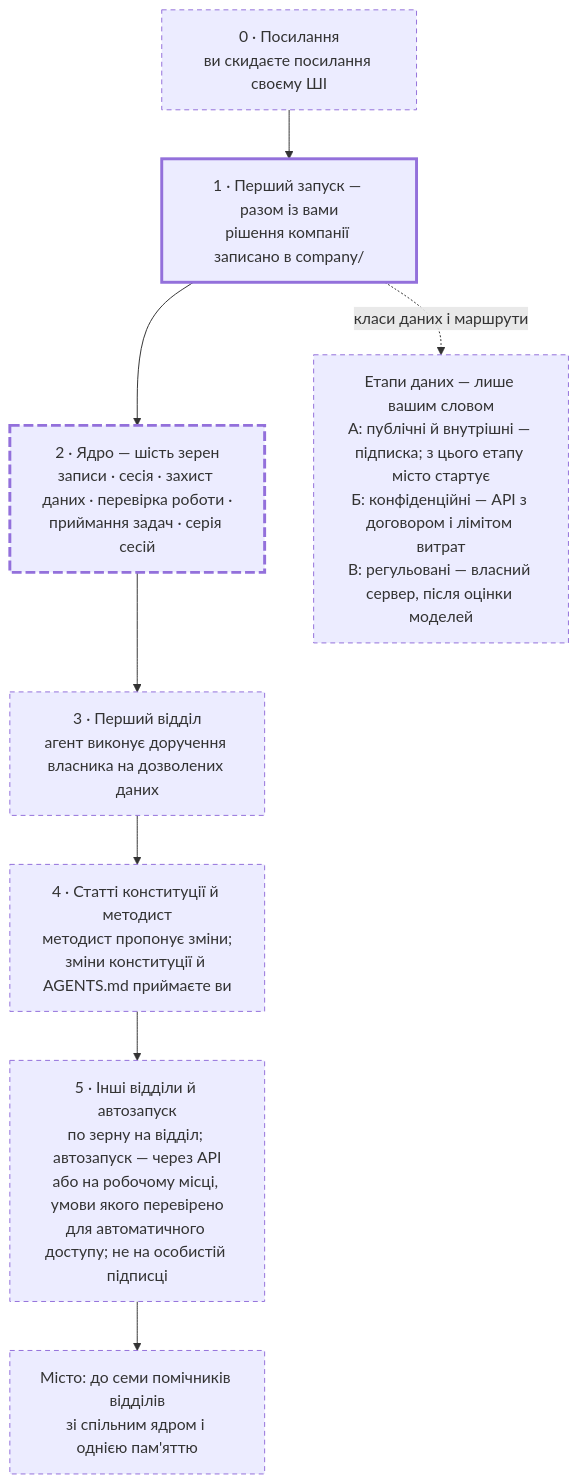
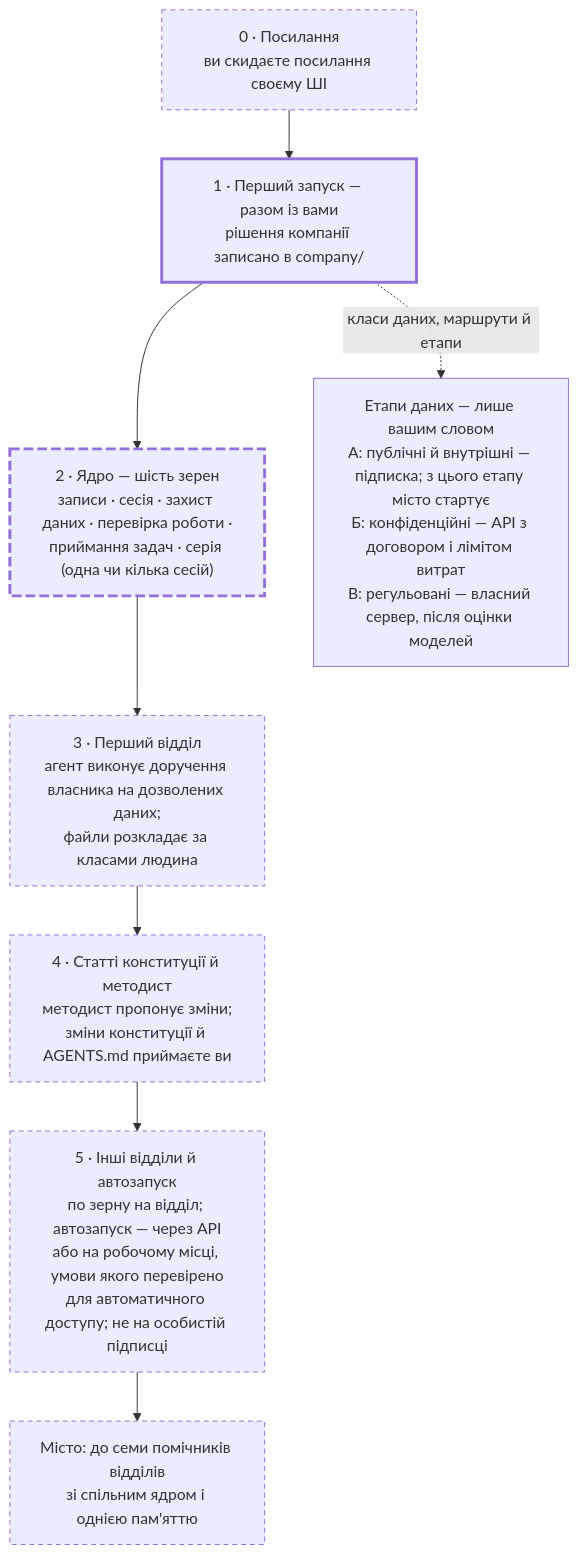
The diagram in README.md (automician/seeds-for-company-agents-uk), drawn with Mermaid before and after one commit. The commit also changed other lines of this file and 2 other files, not shown here.

````diff
--- a/README.md
+++ b/README.md
@@ -52,19 +53,19 @@
 ```mermaid
 flowchart TD
   S0["0 · Посилання<br/>ви скидаєте посилання своєму ШІ"]
   S1["1 · Перший запуск — разом із вами<br/>рішення компанії записано в company/"]
-  S2["2 · Ядро — шість зерен<br/>записи · сесія · захист даних · перевірка роботи ·<br/>приймання задач · серія сесій"]
-  S3["3 · Перший відділ<br/>агент виконує доручення власника на дозволених даних"]
+  S2["2 · Ядро — шість зерен<br/>записи · сесія · захист даних · перевірка роботи ·<br/>приймання задач · серія (одна чи кілька сесій)"]
+  S3["3 · Перший відділ<br/>агент виконує доручення власника на дозволених даних;<br/>файли розкладає за класами людина"]
   S4["4 · Статті конституції й методист<br/>методист пропонує зміни;<br/>зміни конституції й AGENTS.md приймаєте ви"]
   S5["5 · Інші відділи й автозапуск<br/>по зерну на відділ; автозапуск — через API<br/>або на робочому місці, умови якого перевірено<br/>для автоматичного доступу; не на особистій підписці"]
   C["Місто: до семи помічників відділів<br/>зі спільним ядром і однією пам'яттю"]
   D["Етапи даних — лише вашим словом<br/>А: публічні й внутрішні — підписка; з цього етапу місто стартує<br/>Б: конфіденційні — API з договором і лімітом витрат<br/>В: регульовані — власний сервер, після оцінки моделей"]
   S0 --> S1 --> S2 --> S3 --> S4 --> S5 --> C
-  S1 -.->|"класи даних і маршрути"| D
+  S1 -.->|"класи даних, маршрути й етапи"| D
   classDef checked stroke-width:3px
   classDef partial stroke-width:3px,stroke-dasharray:10 4
   classDef unchecked stroke-dasharray:5 4
   class S1 checked
   class S2 partial
-  class S0,S3,S4,S5,C,D unchecked
+  class S0,S3,S4,S5,C unchecked
 ```
````
